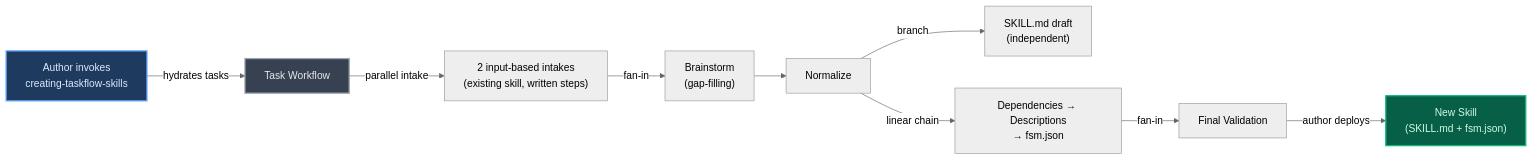
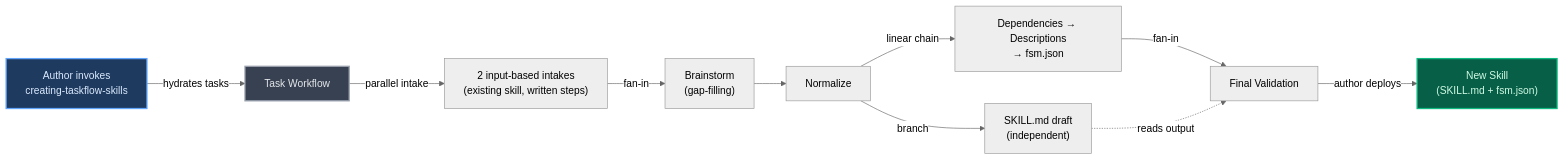
Before and after one commit to whfreelove/chaos-theory: the first of 2 diagrams in openspec/changes/fsm-creating-taskflow-skills/technical.md, drawn with Mermaid (neutral theme). The commit also changed other lines of this file and 9 other files, not shown here.

````diff
--- a/openspec/changes/fsm-creating-taskflow-skills/technical.md
+++ b/openspec/changes/fsm-creating-taskflow-skills/technical.md
@@ -31,15 +31,16 @@
 ```mermaid
 graph LR
     A["Author invokes<br/>creating-taskflow-skills"] -->|hydrates tasks| B["Task Workflow"]
     B -->|parallel intake| C["2 input-based intakes<br/>(existing skill, written steps)"]
     C -->|fan-in| C2["Brainstorm<br/>(gap-filling)"]
     C2 --> D["Normalize"]
     D -->|branch| E1["SKILL.md draft<br/>(independent)"]
     D -->|linear chain| E2["Dependencies → Descriptions<br/>→ fsm.json"]
     E2 -->|fan-in| F["Final Validation"]
+    E1 -.->|reads output| F
     F -->|author deploys| G["New Skill<br/>(SKILL.md + fsm.json)"]
 
     style A fill:#1e3a5f,stroke:#60a5fa,stroke-width:2px,color:#dbeafe
     style B fill:#374151,stroke:#9ca3af,stroke-width:2px,color:#e5e7eb
     style G fill:#065f46,stroke:#10b981,stroke-width:2px,color:#d1fae5
 ```
````
